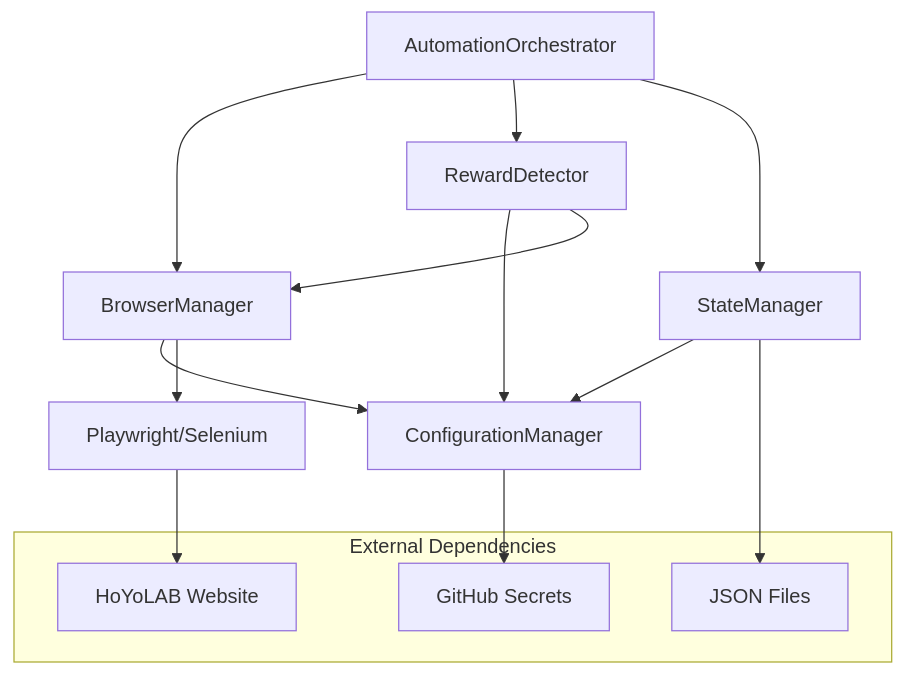
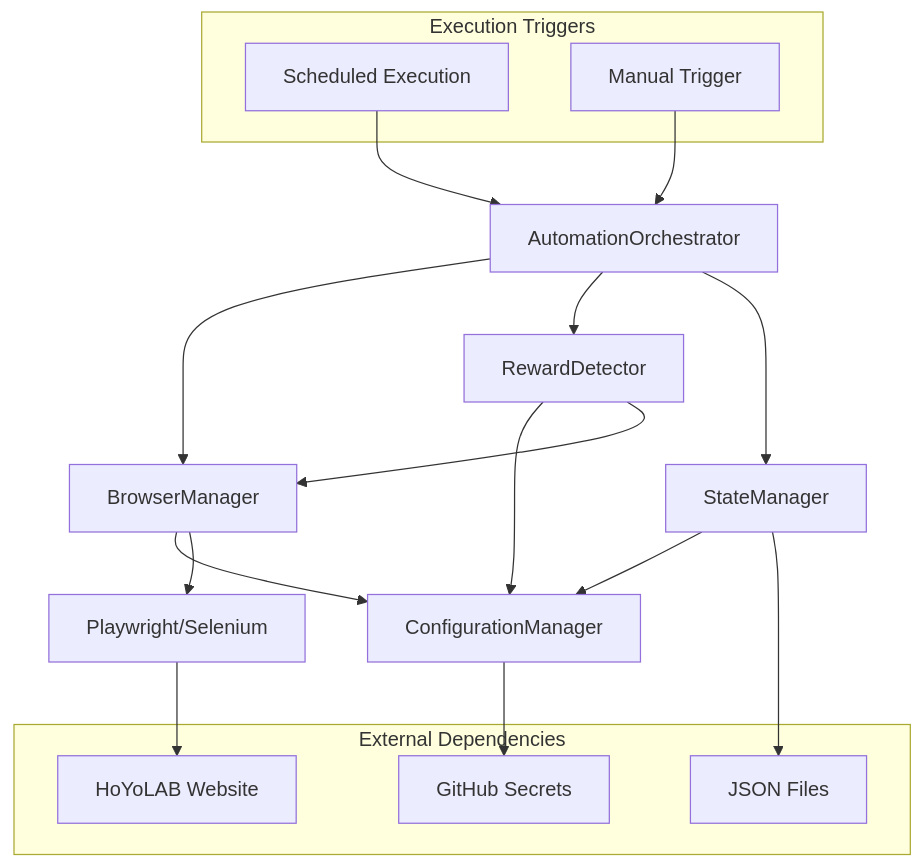
One commit to SiegfredLorelle/genshin-checkin-bot changed the diagram in docs/architecture/components.md. Above: the diagram before and after it, drawn with Mermaid. The commit also changed other lines of this file and 7 other files, not shown here.

Commit message:
docs: update architecture and PRD for alignment

````diff
--- a/docs/architecture/components.md
+++ b/docs/architecture/components.md
@@ -75,23 +79,31 @@
 ```mermaid
 graph TB
-    Orchestrator[AutomationOrchestrator] --> Browser[BrowserManager]
+    subgraph "Execution Triggers"
+        Schedule[Scheduled Execution]
+        Manual[Manual Trigger]
+    end
+    
+    Schedule --> Orchestrator[AutomationOrchestrator]
+    Manual --> Orchestrator
+    
+    Orchestrator --> Browser[BrowserManager]
     Orchestrator --> Detector[RewardDetector]
     Orchestrator --> State[StateManager]
     
     Browser --> Config[ConfigurationManager]
     Detector --> Config
     Detector --> Browser
     State --> Config
     
     Browser --> Playwright[Playwright/Selenium]
     Config --> Secrets[GitHub Secrets]
     State --> FileSystem[JSON Files]
     
     Playwright --> HoYoLAB[HoYoLAB Website]
     
     subgraph "External Dependencies"
         Secrets
         HoYoLAB
         FileSystem
     end
 ```
````
